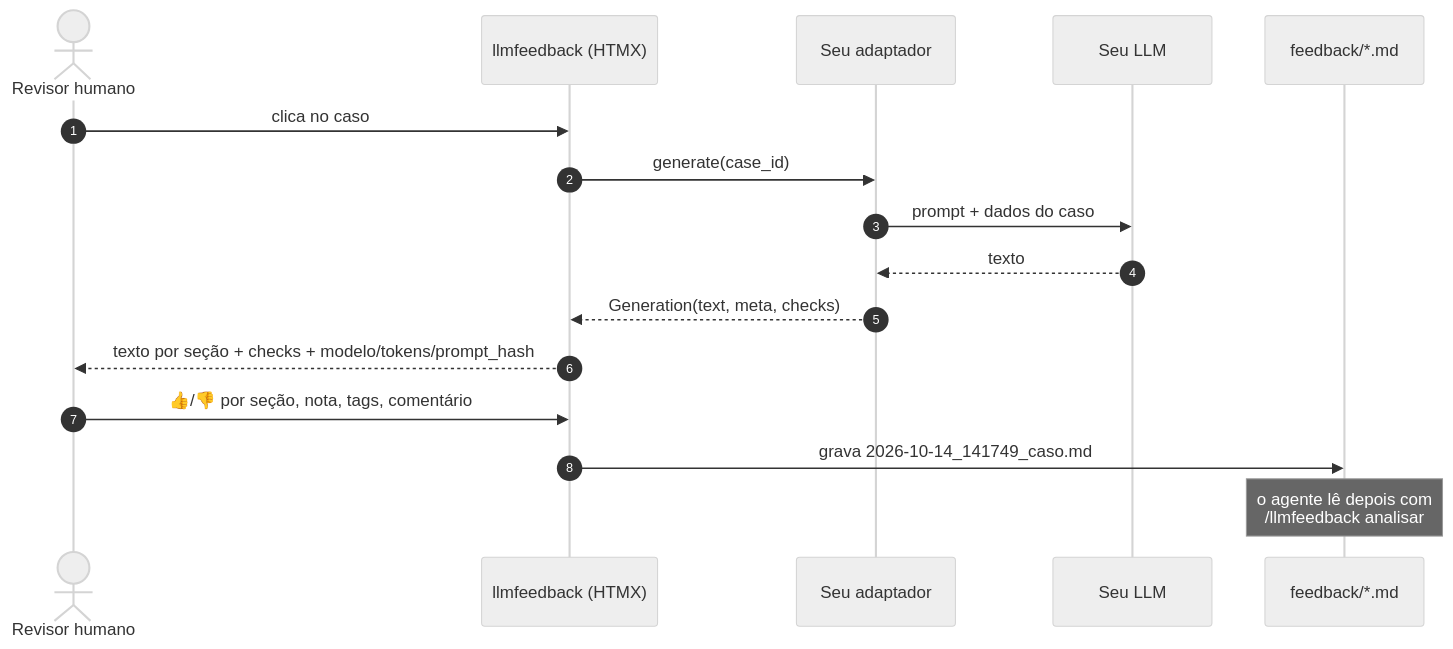
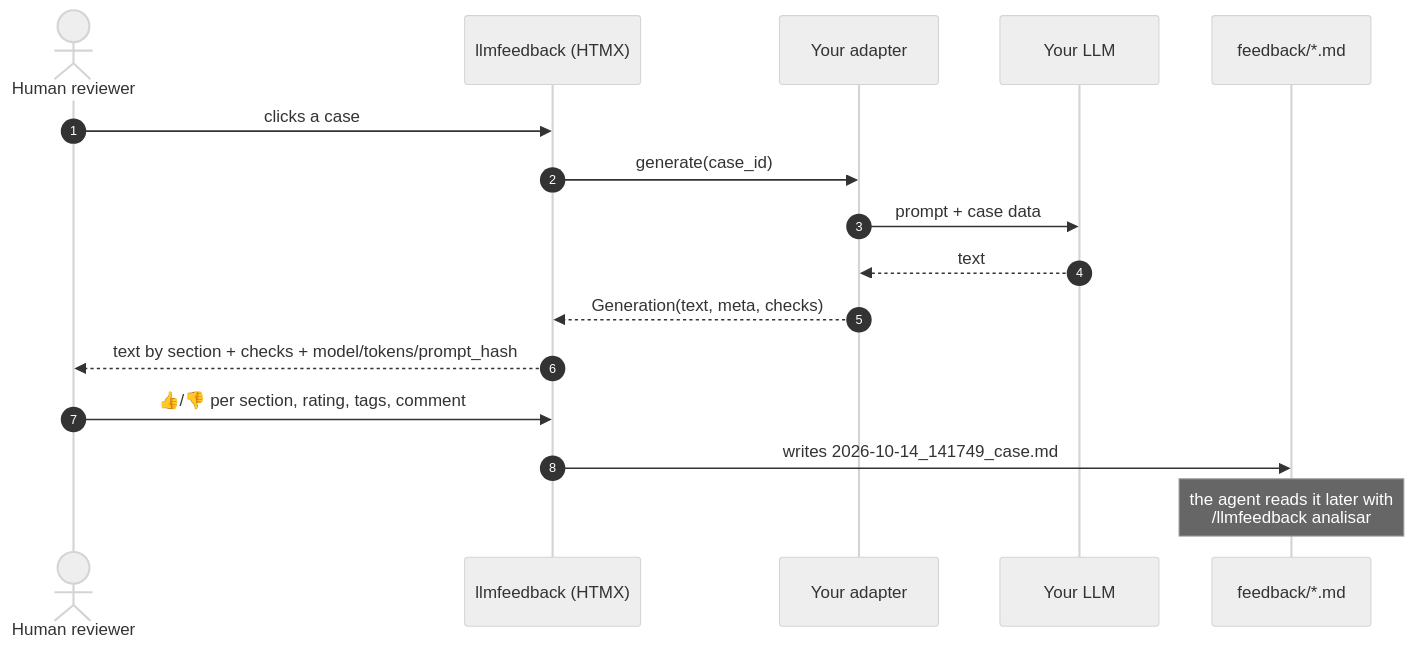
The third of 4 diagrams in README.md (ysrael12/llmfeedback), drawn with Mermaid (neutral theme) before and after one commit. The commit also changed other lines of this file and 16 other files, not shown here.

````diff
--- a/README.md
+++ b/README.md
@@ -69,19 +87,19 @@
 ```mermaid
 sequenceDiagram
     autonumber
-    actor H as Revisor humano
+    actor H as Human reviewer
     participant UI as llmfeedback (HTMX)
-    participant A as Seu adaptador
-    participant M as Seu LLM
+    participant A as Your adapter
+    participant M as Your LLM
     participant F as feedback/*.md
 
-    H->>UI: clica no caso
+    H->>UI: clicks a case
     UI->>A: generate(case_id)
-    A->>M: prompt + dados do caso
-    M-->>A: texto
+    A->>M: prompt + case data
+    M-->>A: text
     A-->>UI: Generation(text, meta, checks)
-    UI-->>H: texto por seção + checks + modelo/tokens/prompt_hash
-    H->>UI: 👍/👎 por seção, nota, tags, comentário
-    UI->>F: grava 2026-10-14_141749_caso.md
-    Note over F: o agente lê depois com<br/>/llmfeedback analisar
+    UI-->>H: text by section + checks + model/tokens/prompt_hash
+    H->>UI: 👍/👎 per section, rating, tags, comment
+    UI->>F: writes 2026-10-14_141749_case.md
+    Note over F: the agent reads it later with<br/>/llmfeedback analisar
 ```
````
